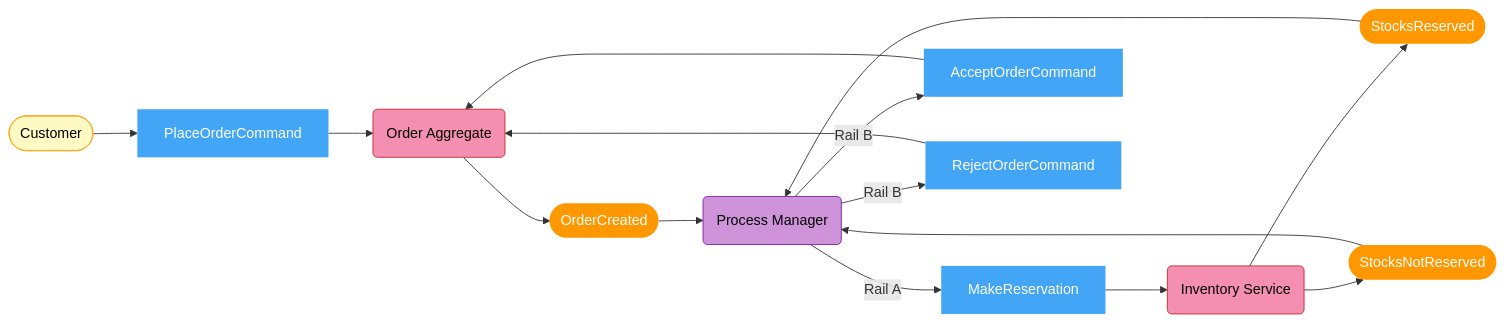
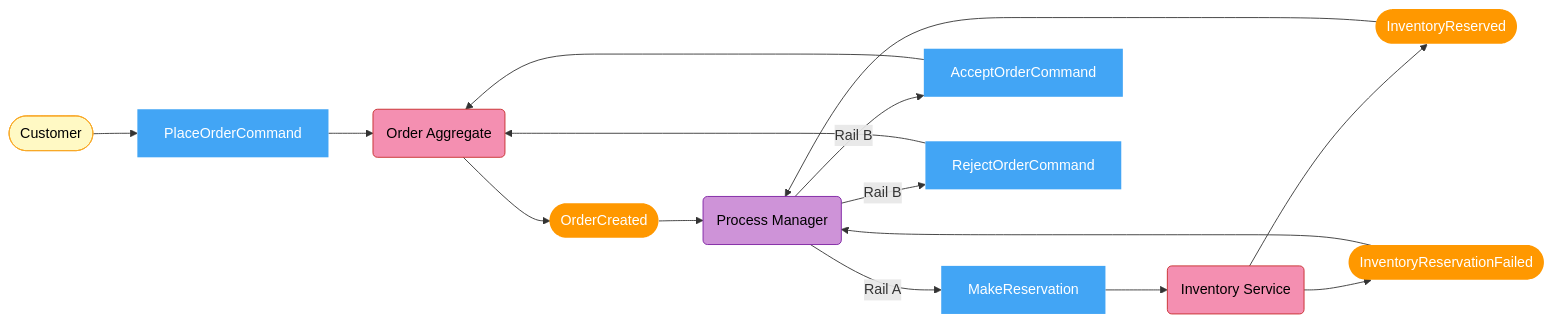
The third of 12 diagrams in Order/src/EShop.Order.API/README.md (mnnam1302/EShop), drawn with Mermaid before and after one commit. The commit also changed other lines of this file and 10 other files, not shown here.

````diff
--- a/Order/src/EShop.Order.API/README.md
+++ b/Order/src/EShop.Order.API/README.md
@@ -80,27 +80,27 @@
 ```mermaid
 flowchart LR
     classDef event   fill:#ff9800,color:#fff,stroke:none
     classDef command fill:#42a5f5,color:#fff,stroke:none
     classDef agg     fill:#f48fb1,color:#000,stroke:#c62828
     classDef pm      fill:#ce93d8,color:#000,stroke:#7b1fa2
     classDef actor   fill:#fff9c4,color:#000,stroke:#f9a825
 
     Customer([Customer]):::actor
     PlaceOrder[PlaceOrderCommand]:::command
     OA(Order Aggregate):::agg
     OrderCreated([OrderCreated]):::event
     PM(Process Manager):::pm
     MakeReservation[MakeReservation]:::command
     INV(Inventory Service):::agg
-    StocksReserved([StocksReserved]):::event
-    StocksNotReserved([StocksNotReserved]):::event
+    InventoryReserved([InventoryReserved]):::event
+    InventoryReservationFailed([InventoryReservationFailed]):::event
     AcceptOrder[AcceptOrderCommand]:::command
     RejectOrder[RejectOrderCommand]:::command
 
     Customer --> PlaceOrder --> OA --> OrderCreated --> PM
     PM -->|"Rail A"| MakeReservation --> INV
-    INV --> StocksReserved --> PM
-    INV --> StocksNotReserved --> PM
+    INV --> InventoryReserved --> PM
+    INV --> InventoryReservationFailed --> PM
     PM -->|"Rail B"| AcceptOrder --> OA
     PM -->|"Rail B"| RejectOrder --> OA
 ```
````
